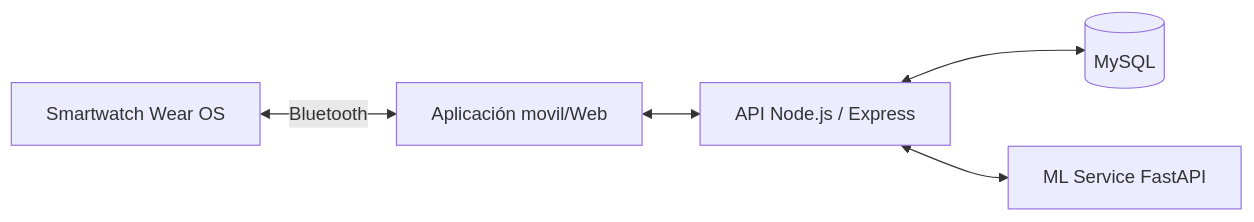
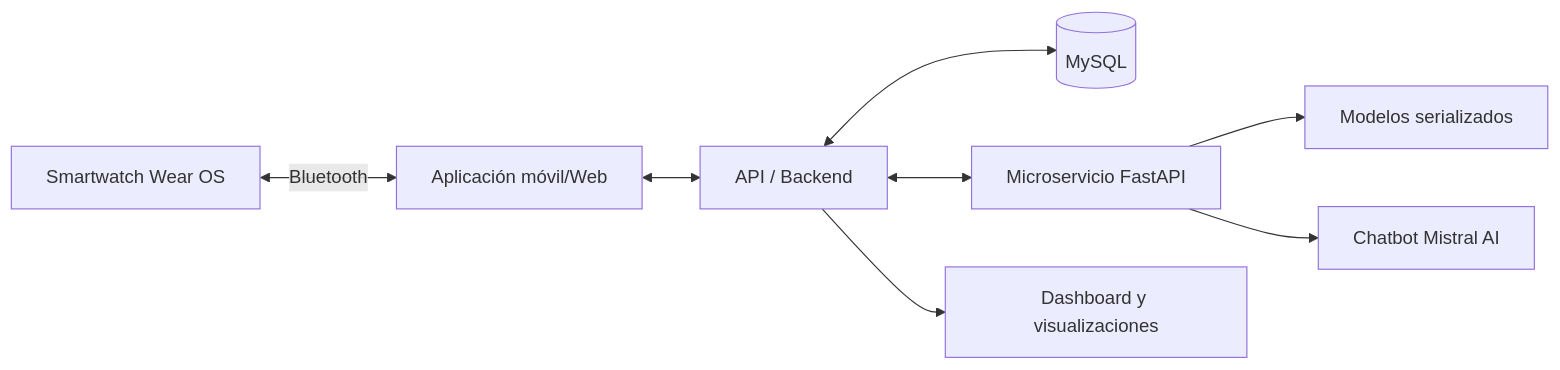
The diagram in docs/context.md (KouDionicio/9A-IDGS-ECBD-VitalMind-), drawn with Mermaid before and after one commit. The commit also changed other lines of this file and 13 other files, not shown here.

````diff
--- a/docs/context.md
+++ b/docs/context.md
@@ -176,7 +83,10 @@
 ```mermaid
 flowchart LR
-    W[Smartwatch Wear OS] <-->|Bluetooth| A[Aplicación movil/Web]
-    A <--> B[API Node.js / Express]
+    W[Smartwatch Wear OS] <-->|Bluetooth| A[Aplicación móvil/Web]
+    A <--> B[API / Backend]
     B <--> D[(MySQL)]
-    B <--> I[ML Service FastAPI]
+    B <--> M[Microservicio FastAPI]
+    M --> S[Modelos serializados]
+    M --> C[Chatbot Mistral AI]
+    B --> V[Dashboard y visualizaciones]
 ```
````
